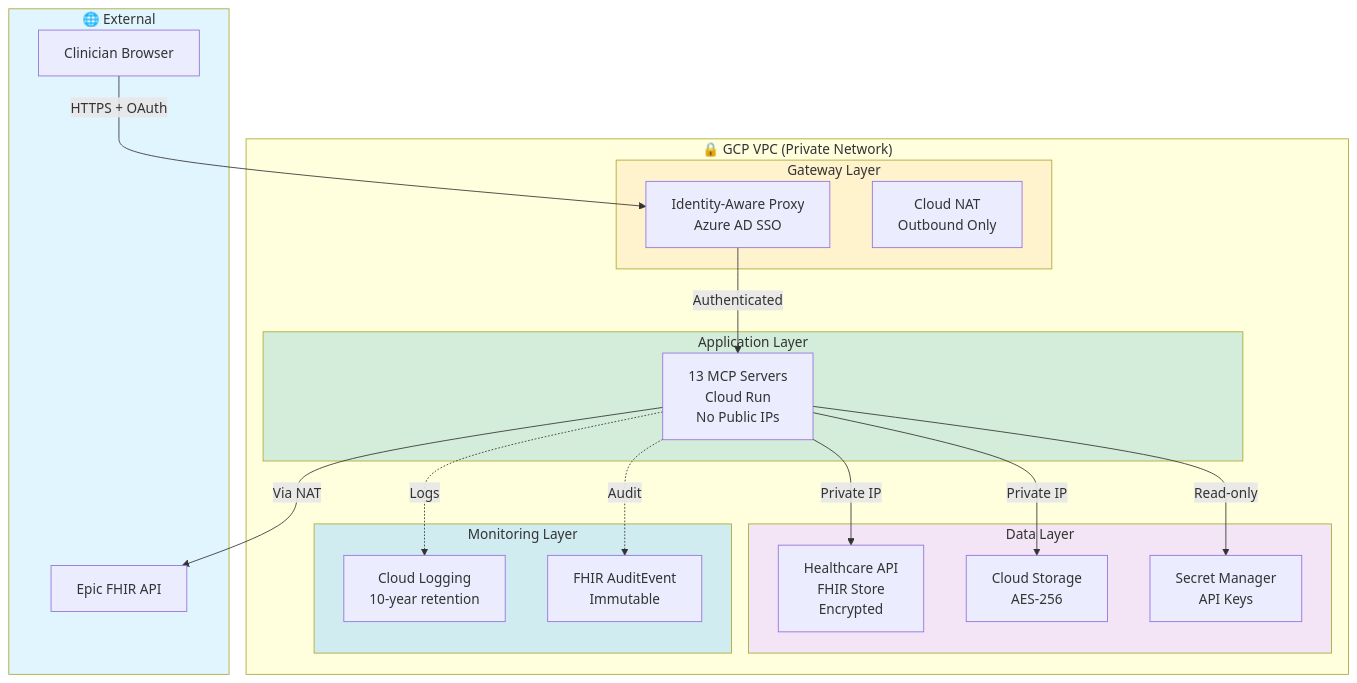
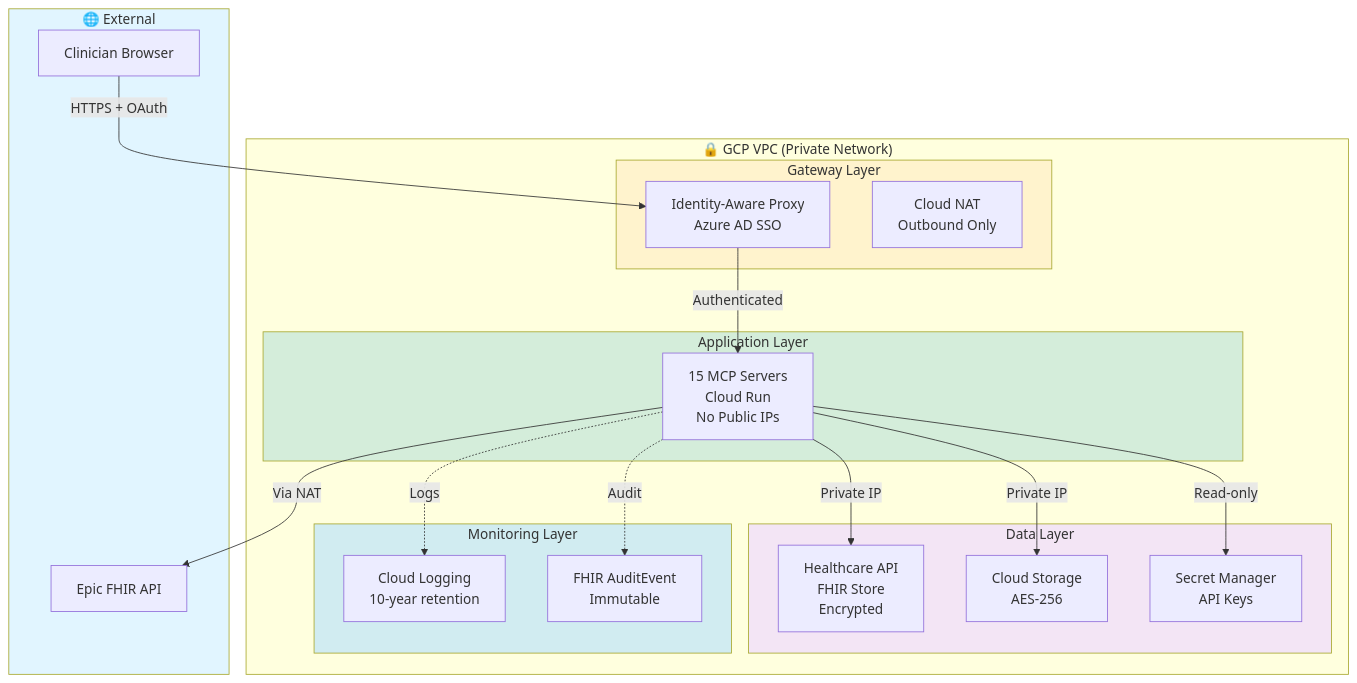
One commit to raymond301/precision-medicine-mcp changed the diagram in docs/for-hospitals/SECURITY_OVERVIEW.md. Above: the diagram before and after it, drawn with Mermaid. The commit also changed 23 other files, not shown here.

````diff
--- a/docs/for-hospitals/SECURITY_OVERVIEW.md
+++ b/docs/for-hospitals/SECURITY_OVERVIEW.md
@@ -9,44 +9,44 @@
 ```mermaid
 graph TB
     subgraph External["🌐 External"]
         CLINICIAN[Clinician Browser]
         EPIC_EXT[Epic FHIR API]
     end
 
     subgraph GCP_VPC["🔒 GCP VPC (Private Network)"]
         subgraph Gateway["Gateway Layer"]
             IAP[Identity-Aware Proxy<br/>Azure AD SSO]
             NAT[Cloud NAT<br/>Outbound Only]
         end
 
         subgraph Application["Application Layer"]
-            SERVERS[13 MCP Servers<br/>Cloud Run<br/>No Public IPs]
+            SERVERS[15 MCP Servers<br/>Cloud Run<br/>No Public IPs]
         end
 
         subgraph DataLayer["Data Layer"]
             FHIR[Healthcare API<br/>FHIR Store<br/>Encrypted]
             STORAGE[Cloud Storage<br/>AES-256]
             SECRETS[Secret Manager<br/>API Keys]
         end
 
         subgraph Monitoring["Monitoring Layer"]
             LOGS[Cloud Logging<br/>10-year retention]
             AUDIT[FHIR AuditEvent<br/>Immutable]
         end
     end
 
     CLINICIAN -->|HTTPS + OAuth| IAP
     IAP -->|Authenticated| SERVERS
     SERVERS -->|Private IP| FHIR
     SERVERS -->|Private IP| STORAGE
     SERVERS -->|Read-only| SECRETS
     SERVERS -.->|Logs| LOGS
     SERVERS -.->|Audit| AUDIT
     SERVERS -->|Via NAT| EPIC_EXT
 
     style External fill:#e1f5ff
     style Gateway fill:#fff3cd
     style Application fill:#d4edda
     style DataLayer fill:#f3e5f5
     style Monitoring fill:#d1ecf1
 ```
````
